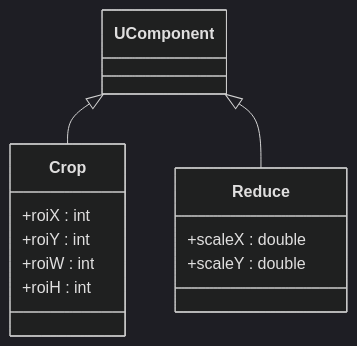
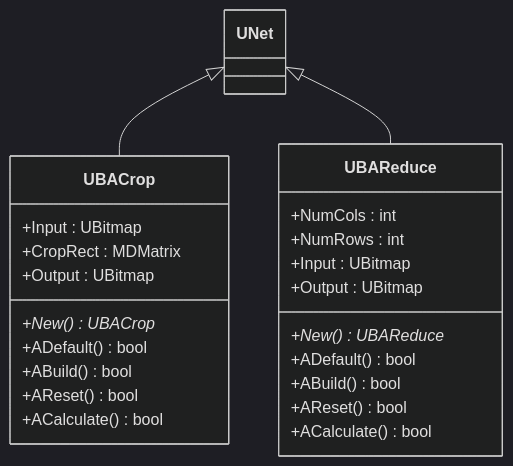
One commit to aicommunity/Rdk-CvBasicLib changed the first of 5 diagrams in Docs/Components/CropReduce.md. Above: the diagram before and after it, drawn with Mermaid (dark theme). The commit also changed other lines of this file and 14 other files, not shown here.

````diff
--- a/Docs/Components/CropReduce.md
+++ b/Docs/Components/CropReduce.md
@@ -8,15 +8,28 @@
 ```mermaid
 classDiagram
-    UComponent <|-- Crop
-    UComponent <|-- Reduce
-    class Crop {
-        +roiX : int
-        +roiY : int
-        +roiW : int
-        +roiH : int
+    UNet <|-- UBACrop
+    UNet <|-- UBAReduce
+
+    class UBACrop {
+        +Input : UBitmap
+        +CropRect : MDMatrix<int>
+        +Output : UBitmap
+        +New() UBACrop*
+        +ADefault() bool
+        +ABuild() bool
+        +AReset() bool
+        +ACalculate() bool
     }
-    class Reduce {
-        +scaleX : double
-        +scaleY : double
+
+    class UBAReduce {
+        +NumCols : int
+        +NumRows : int
+        +Input : UBitmap
+        +Output : UBitmap
+        +New() UBAReduce*
+        +ADefault() bool
+        +ABuild() bool
+        +AReset() bool
+        +ACalculate() bool
     }
 ```
````
